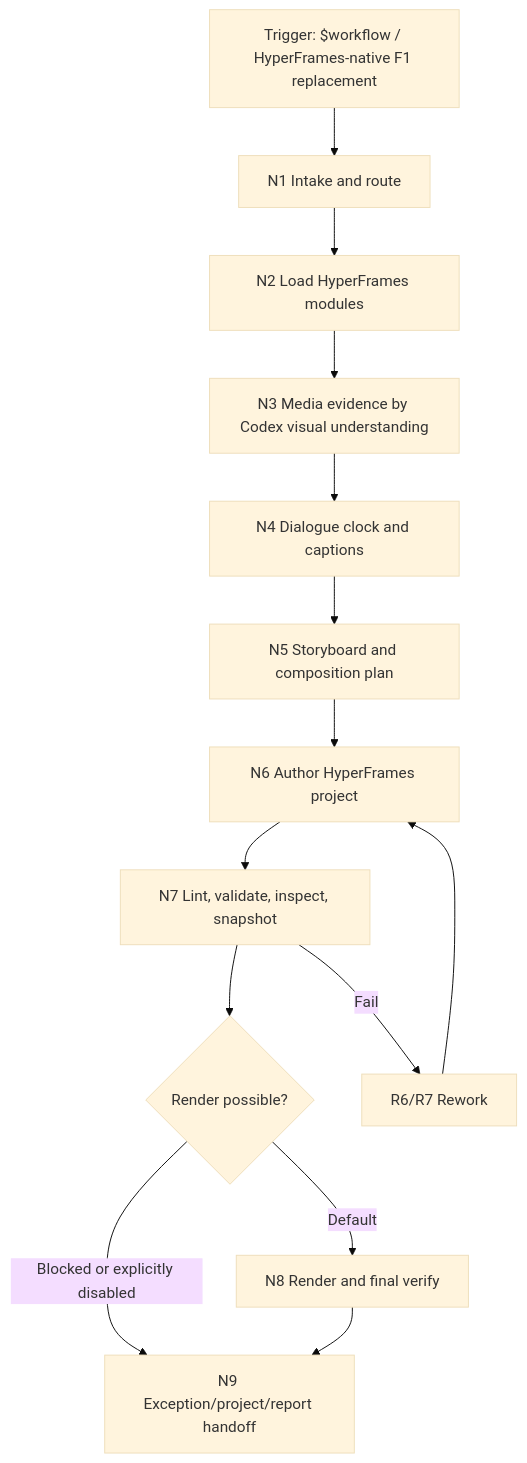
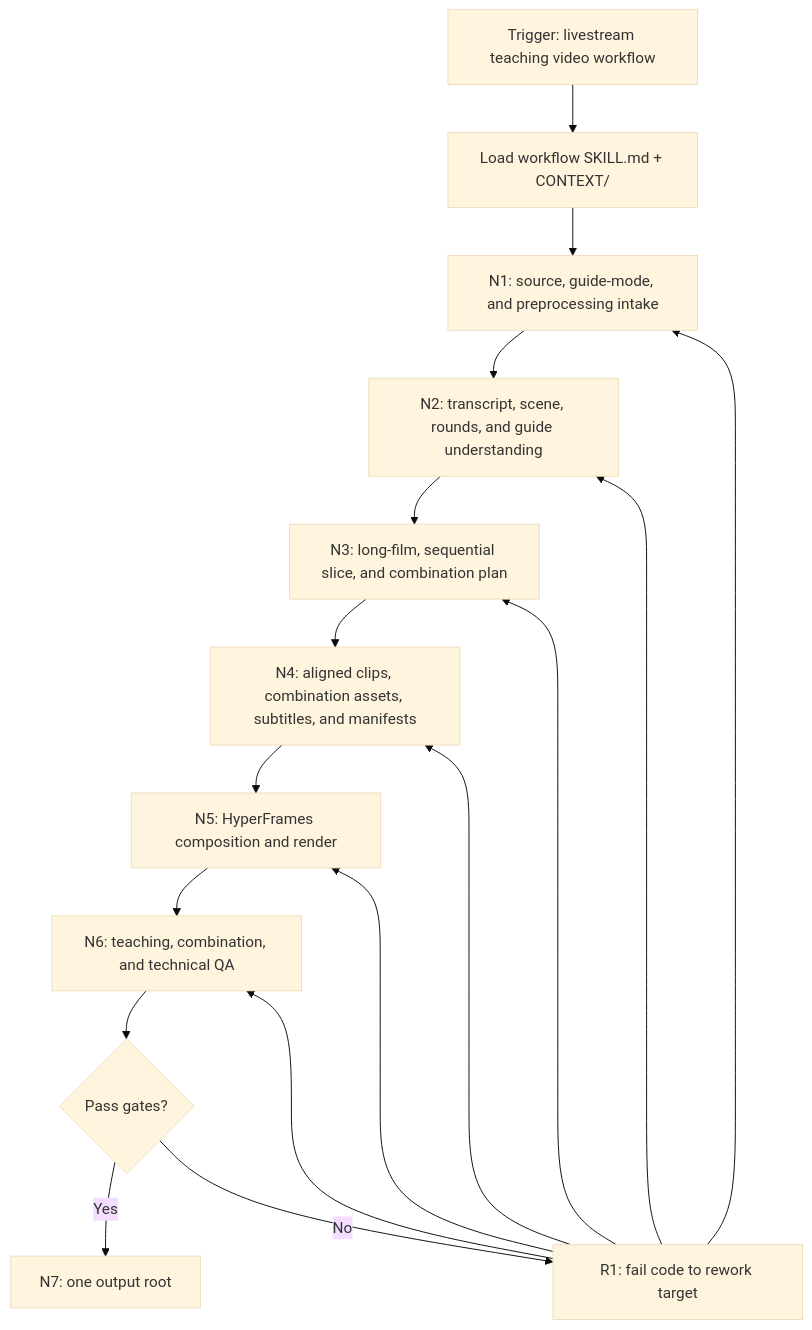
The first of 2 diagrams in .agents/skills/workflow/SKILL.md (ZEN-VOID/AI-CUT), drawn with Mermaid (base theme) before and after one commit. The commit also changed other lines of this file and 235 other files, not shown here.

````diff
--- a/.agents/skills/workflow/SKILL.md
+++ b/.agents/skills/workflow/SKILL.md
@@ -554,16 +541,19 @@
 ```mermaid
 flowchart TD
-    A["Trigger: $workflow / HyperFrames-native F1 replacement"] --> B["N1 Intake and route"]
-    B --> C["N2 Load HyperFrames modules"]
-    C --> D["N3 Media evidence by Codex visual understanding"]
-    D --> E["N4 Dialogue clock and captions"]
-    E --> F["N5 Storyboard and composition plan"]
-    F --> G["N6 Author HyperFrames project"]
-    G --> H["N7 Lint, validate, inspect, snapshot"]
-    H --> I{"Render possible?"}
-    I -->|"Blocked or explicitly disabled"| J["N9 Exception/project/report handoff"]
-    I -->|"Default"| K["N8 Render and final verify"]
-    K --> J
-    H -->|"Fail"| R6["R6/R7 Rework"]
-    R6 --> G
+    A["Trigger: livestream teaching video workflow"] --> B["Load workflow SKILL.md + CONTEXT/"]
+    B --> C["N1: source, guide-mode, and preprocessing intake"]
+    C --> D["N2: transcript, scene, rounds, and guide understanding"]
+    D --> E["N3: long-film, sequential slice, and combination plan"]
+    E --> F["N4: aligned clips, combination assets, subtitles, and manifests"]
+    F --> G["N5: HyperFrames composition and render"]
+    G --> H["N6: teaching, combination, and technical QA"]
+    H --> I{"Pass gates?"}
+    I -->|"Yes"| J["N7: one output root"]
+    I -->|"No"| R["R1: fail code to rework target"]
+    R --> C
+    R --> D
+    R --> E
+    R --> F
+    R --> G
+    R --> H
 ```
````
